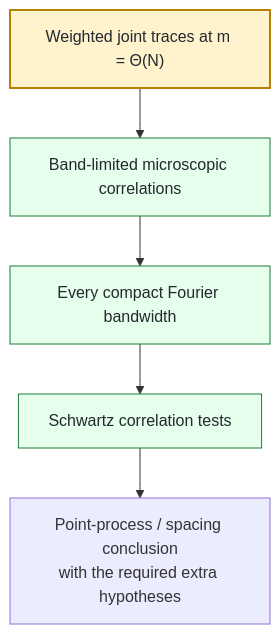
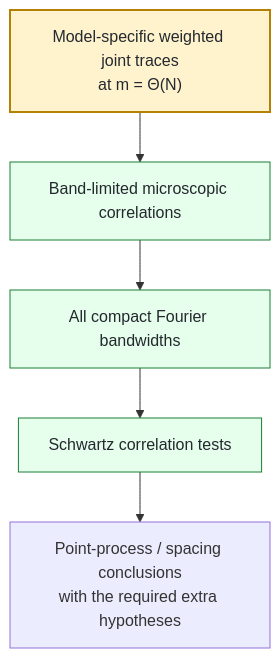
One commit to ChurilovMaksim/BGS changed the second of 3 diagrams in README.md. Above: the diagram before and after it, drawn with Mermaid. The commit also changed other lines of this file and 2 other files, not shown here.

````diff
--- a/README.md
+++ b/README.md
@@ -224,15 +357,15 @@
 ```mermaid
 flowchart TD
-    A["Weighted joint traces at m = Θ(N)"] --> B["Band-limited microscopic correlations"]
-    B --> C["Every compact Fourier bandwidth"]
+    A["Model-specific weighted joint traces<br/>at m = Θ(N)"] --> B["Band-limited microscopic correlations"]
+    B --> C["All compact Fourier bandwidths"]
     C --> D["Schwartz correlation tests"]
-    D --> E["Point-process / spacing conclusion<br/>with the required extra hypotheses"]
+    D --> E["Point-process / spacing conclusions<br/>with the required extra hypotheses"]
 
     A:::open
     B:::done
     C:::done
     D:::done
 
     classDef open fill:#fff3cd,stroke:#b58105,color:#24292f,stroke-width:2px;
     classDef done fill:#e6ffec,stroke:#1a7f37,color:#24292f;
 ```
````
